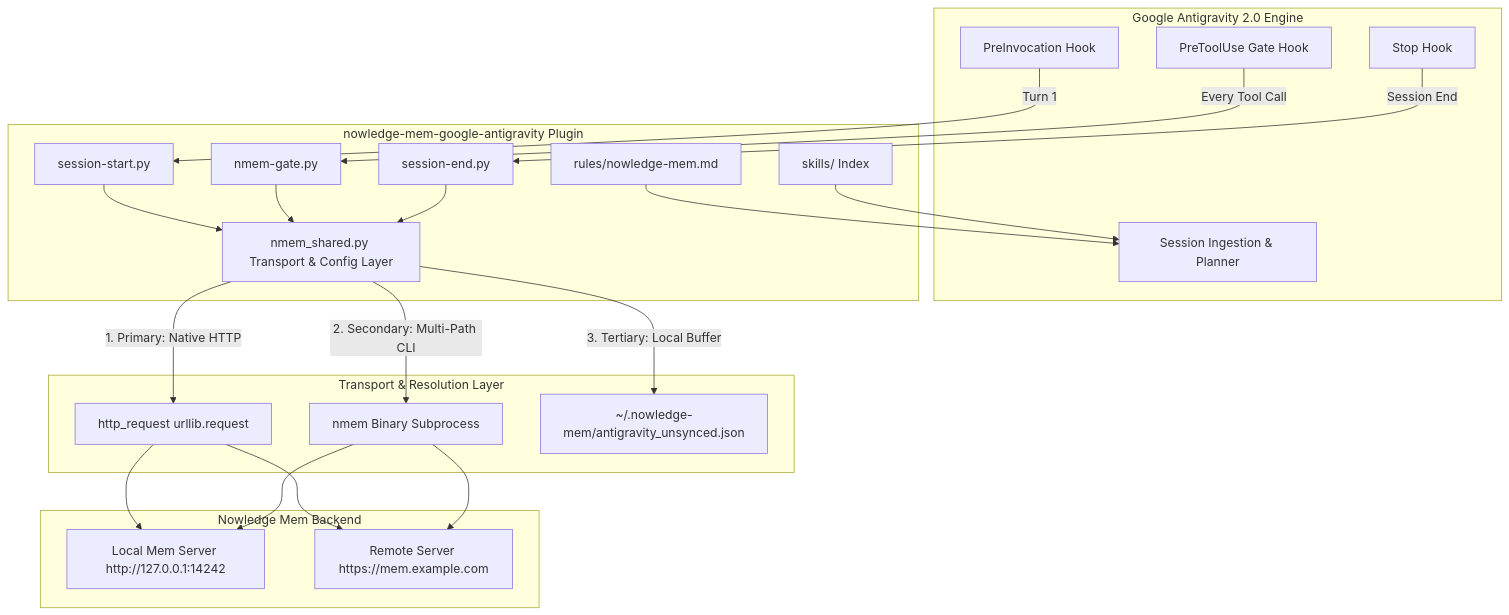
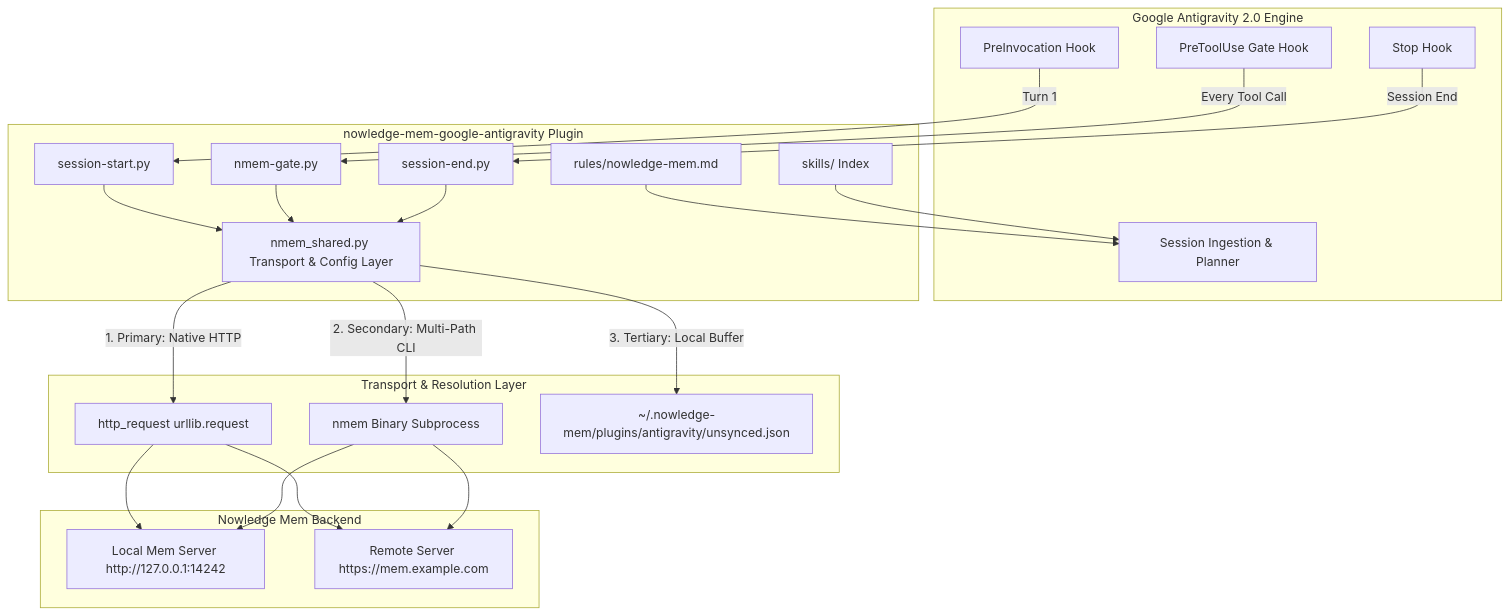
The first of 2 diagrams in ARCHITECTURE.md (nowledge-co/nowledge-mem-google-antigravity), drawn with Mermaid before and after one commit. The commit also changed other lines of this file and 11 other files, not shown here.

First line of the commit message:
fix(hooks): throttle notifications, debounce catchup, and support local .config.json (#5)

````diff
--- a/ARCHITECTURE.md
+++ b/ARCHITECTURE.md
@@ -11,31 +11,31 @@
 ```mermaid
 flowchart TD
     subgraph Antigravity Engine ["Google Antigravity 2.0 Engine"]
         A[Session Ingestion & Planner]
         B[PreInvocation Hook]
         C[PreToolUse Gate Hook]
         D[Stop Hook]
     end
 
     subgraph Plugin ["nowledge-mem-google-antigravity Plugin"]
         B -->|Turn 1| E[session-start.py]
         C -->|Every Tool Call| F[nmem-gate.py]
         D -->|Session End| G[session-end.py]
 
         E & F & G --> H[nmem_shared.py Transport & Config Layer]
 
         I[rules/nowledge-mem.md] --> A
         J[skills/ Index] --> A
     end
 
     subgraph Transport Layer ["Transport & Resolution Layer"]
         H -->|1. Primary: Native HTTP| K[http_request urllib.request]
         H -->|2. Secondary: Multi-Path CLI| L[nmem Binary Subprocess]
-        H -->|3. Tertiary: Local Buffer| M[~/.nowledge-mem/antigravity_unsynced.json]
+        H -->|3. Tertiary: Local Buffer| M[~/.nowledge-mem/plugins/antigravity/unsynced.json]
     end
 
     subgraph Backend ["Nowledge Mem Backend"]
         K & L --> N[Local Mem Server http://127.0.0.1:14242]
         K & L --> O[Remote Server https://mem.example.com]
     end
 ```
````
